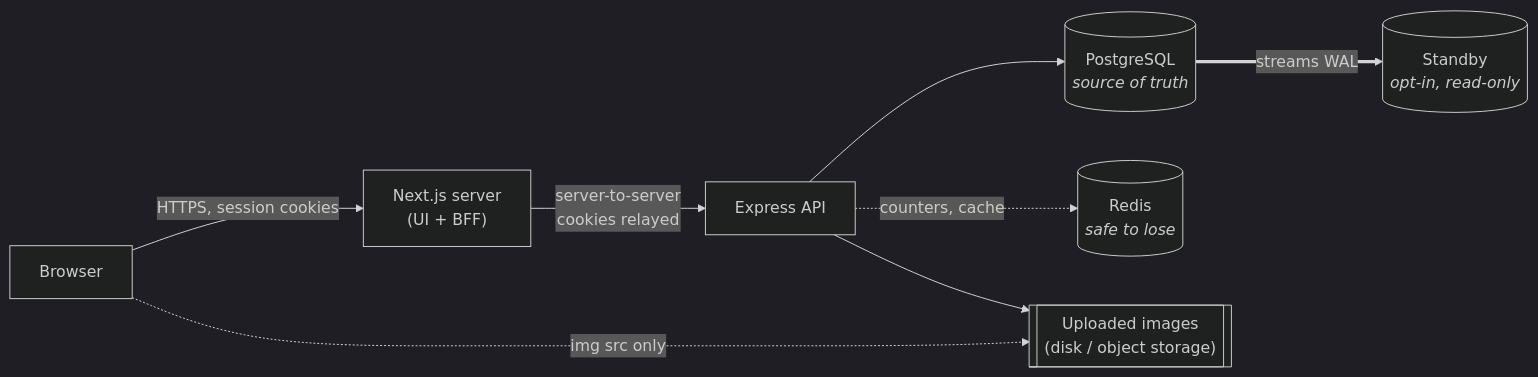
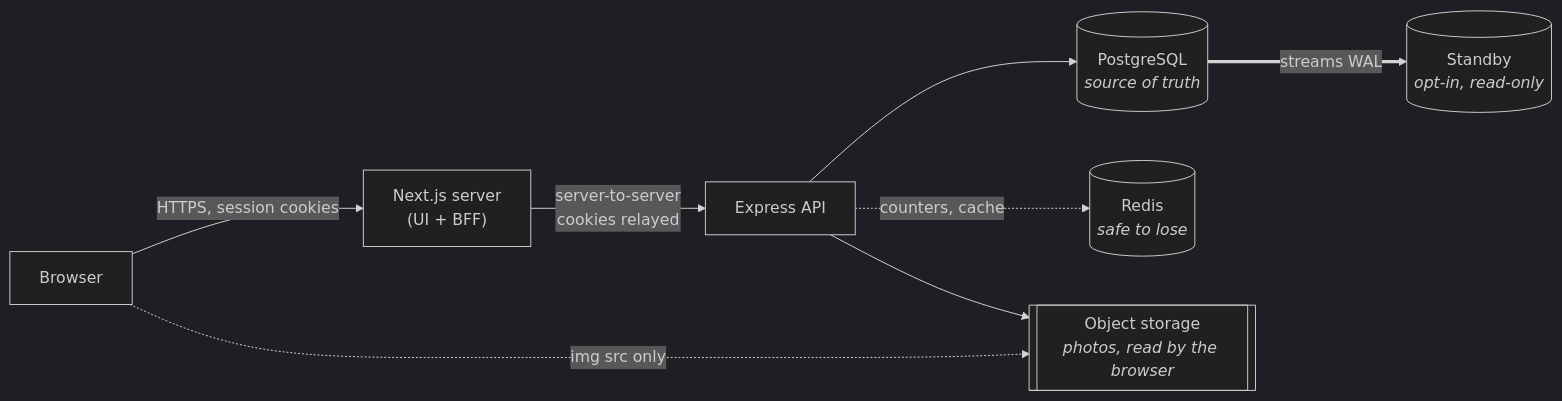
The diagram in docs/architecture/README.md (prefierolasoledad/Kintsugi), drawn with Mermaid (dark theme) before and after one commit. The commit also changed 15 other files, not shown here.

First line of the commit message:
feat(storage): implement S3-compatible object storage for uploads

````diff
--- a/docs/architecture/README.md
+++ b/docs/architecture/README.md
@@ -7,18 +7,18 @@
 ```mermaid
 flowchart LR
     B["Browser"]
     N["Next.js server<br/>(UI + BFF)"]
     E["Express API"]
     P[("PostgreSQL<br/><i>source of truth</i>")]
     R[("Redis<br/><i>safe to lose</i>")]
     S[("Standby<br/><i>opt-in, read-only</i>")]
-    F[["Uploaded images<br/>(disk / object storage)"]]
+    F[["Object storage<br/><i>photos, read by the browser</i>"]]
 
     B -->|HTTPS, session cookies| N
     N -->|"server-to-server<br/>cookies relayed"| E
     E --> P
     E -.->|"counters, cache"| R
     E --> F
     B -.->|"img src only"| F
     P ==>|"streams WAL"| S
 ```
````
